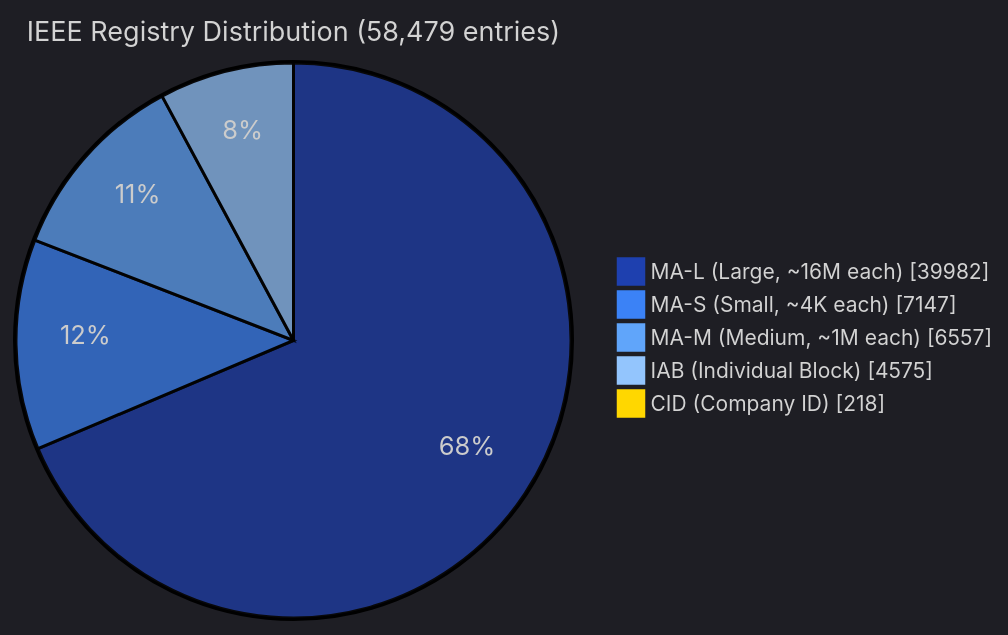
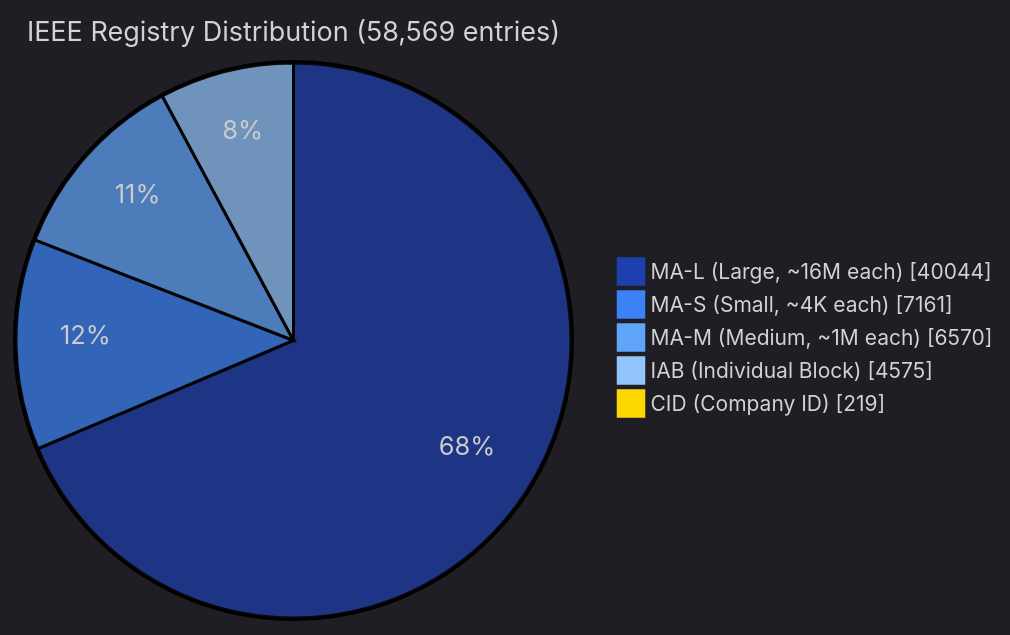
Before and after one commit to Ringmast4r/OUI-Master-Database: the third of 5 diagrams in README.md, drawn with Mermaid. The commit also changed other lines of this file and 14 other files, not shown here.

````diff
--- a/README.md
+++ b/README.md
@@ -129,10 +129,10 @@
 ```mermaid
 %%{init: {'theme':'dark', 'themeVariables': {'pie1':'#1E40AF','pie2':'#3B82F6','pie3':'#60A5FA','pie4':'#93C5FD','pie5':'#FFD700','pieTitleTextSize':'18px','pieLegendTextSize':'14px'}}}%%
 pie showData
-    title IEEE Registry Distribution (58,479 entries)
-    "MA-L (Large, ~16M each)" : 39982
-    "MA-S (Small, ~4K each)" : 7147
-    "MA-M (Medium, ~1M each)" : 6557
+    title IEEE Registry Distribution (58,569 entries)
+    "MA-L (Large, ~16M each)" : 40044
+    "MA-S (Small, ~4K each)" : 7161
+    "MA-M (Medium, ~1M each)" : 6570
     "IAB (Individual Block)" : 4575
-    "CID (Company ID)" : 218
+    "CID (Company ID)" : 219
 ```
````
